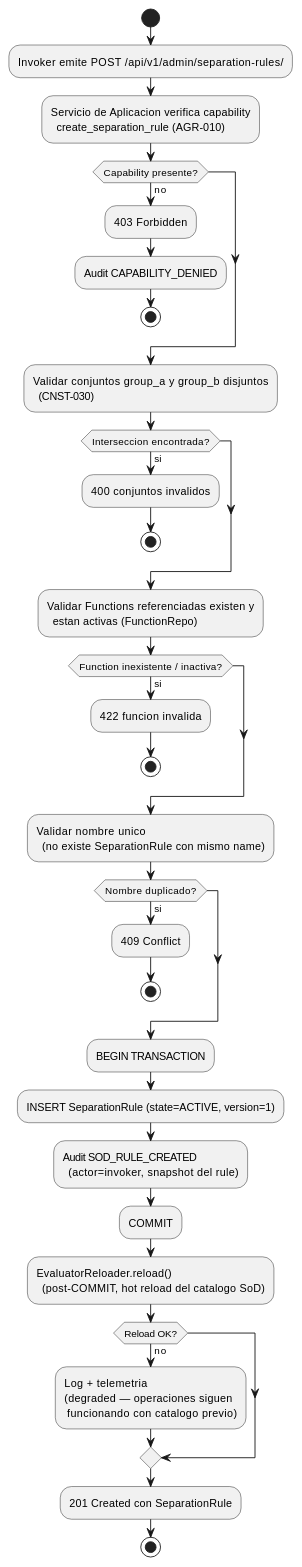
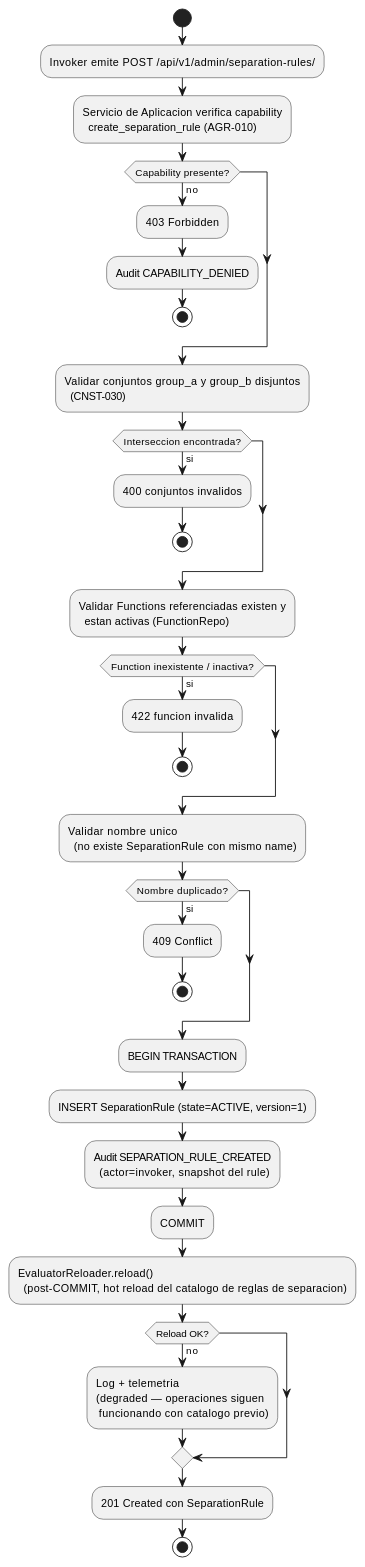
The diagram in source/requisitos/casos-uso/admin/uc-adm-01/diagramas-uml/diagrama-de-actividad.rst (jcg-admin/IACT-docs), drawn with PlantUML before and after one commit. The commit also changed other lines of this file and 148 other files, not shown here.

```diff
--- a/source/requisitos/casos-uso/admin/uc-adm-01/diagramas-uml/diagrama-de-actividad.rst
+++ b/source/requisitos/casos-uso/admin/uc-adm-01/diagramas-uml/diagrama-de-actividad.rst
@@ -6,54 +6,54 @@
 .. uml::
  :caption: UC_ADM_01 — flujo de creacion de SeparationRule.
 
  @startuml
 
  start
  :Invoker emite POST /api/v1/admin/separation-rules/;
  :Servicio de Aplicacion verifica capability
    create_separation_rule (AGR-010);
  if (Capability presente?) then (no)
    :403 Forbidden;
    :Audit CAPABILITY_DENIED;
    stop
  endif
 
  :Validar conjuntos group_a y group_b disjuntos
    (CNST-030);
  if (Interseccion encontrada?) then (si)
    :400 conjuntos invalidos;
    stop
  endif
 
  :Validar Functions referenciadas existen y
    estan activas (FunctionRepo);
  if (Function inexistente / inactiva?) then (si)
    :422 funcion invalida;
    stop
  endif
 
  :Validar nombre unico
    (no existe SeparationRule con mismo name);
  if (Nombre duplicado?) then (si)
    :409 Conflict;
    stop
  endif
 
  :BEGIN TRANSACTION;
  :INSERT SeparationRule (state=ACTIVE, version=1);
- :Audit SOD_RULE_CREATED
+ :Audit SEPARATION_RULE_CREATED
    (actor=invoker, snapshot del rule);
  :COMMIT;
 
  :EvaluatorReloader.reload()
-   (post-COMMIT, hot reload del catalogo SoD);
+   (post-COMMIT, hot reload del catalogo de reglas de separacion);
  if (Reload OK?) then (no)
    :Log + telemetria
    (degraded — operaciones siguen
     funcionando con catalogo previo);
  endif
 
  :201 Created con SeparationRule;
  stop
 
  @enduml
```
